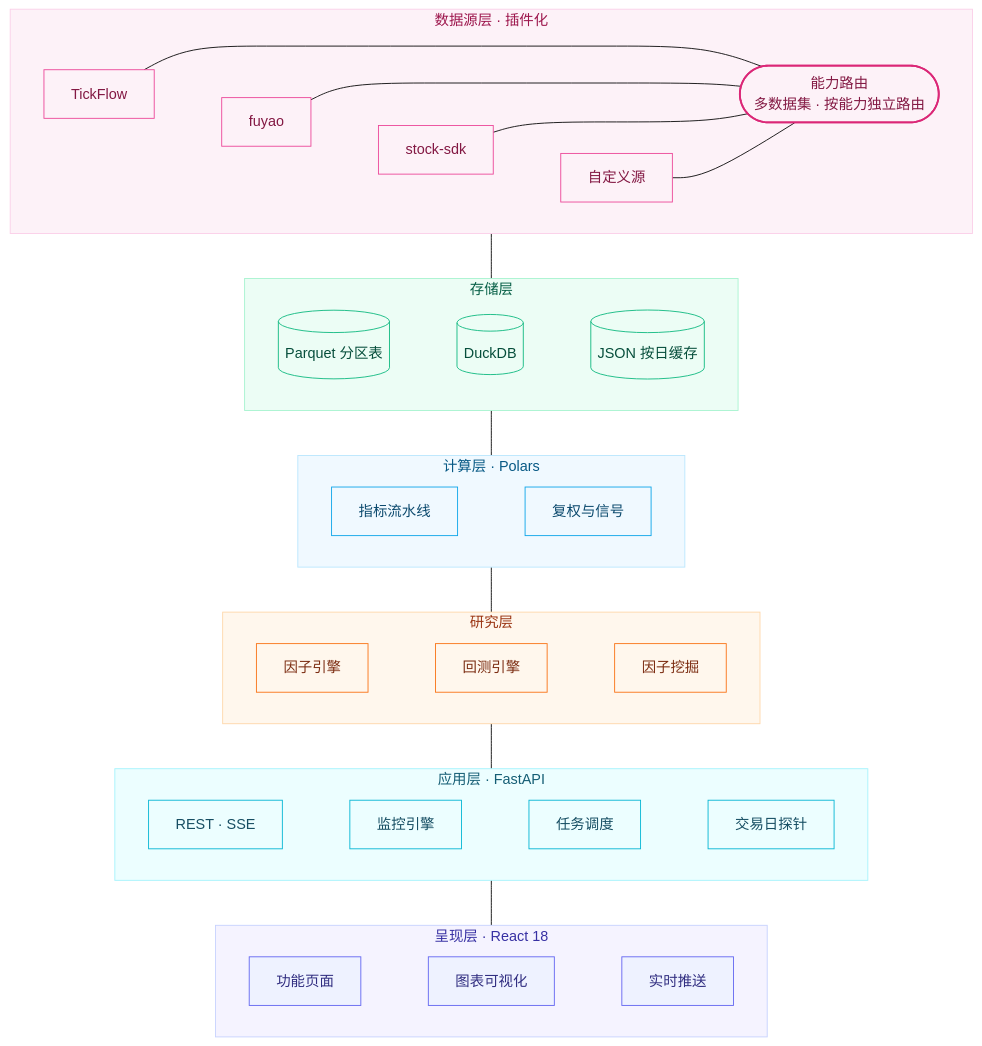
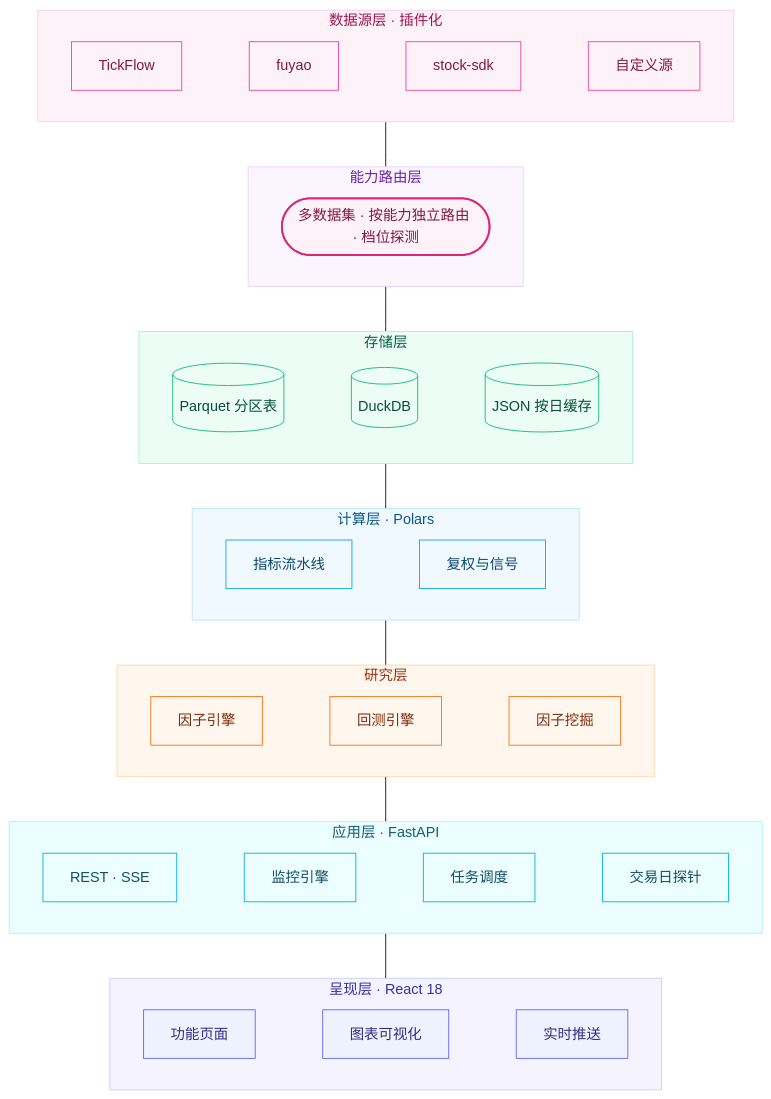
One commit to kevin9327/tick-stock-panel changed the diagram in README.md. Above: the diagram before and after it, drawn with Mermaid (base theme).

Commit message:
docs(readme): 架构图数据源与能力路由拆分为独立两层
- 数据源层(四源横排)与能力路由层(单 stadium 节点)各自成带,
  路由作为核心机制独立呈现, 共七层
- 主轴连线: 数据源---能力路由---存储---计算---研究---应用---呈现
- 路由层单独配色(紫), 浏览器实测 7 带/20 节点, 层序坐标正确

````diff
--- a/README.md
+++ b/README.md
@@ -148,68 +148,71 @@
 ```mermaid
 flowchart TB
     subgraph DATA["数据源层 · 插件化"]
         direction LR
-        D1["TickFlow"] --- R(["能力路由<br/>多数据集 · 按能力独立路由"])
-        D2["fuyao"] --- R
-        D3["stock-sdk"] --- R
-        D4["自定义源"] --- R
-        D1 ~~~ D2 ~~~ D3 ~~~ D4
+        D1["TickFlow"] ~~~ D2["fuyao"] ~~~ D3["stock-sdk"] ~~~ D4["自定义源"]
+    end
+
+    subgraph ROUTE["能力路由层"]
+        direction LR
+        R(["多数据集 · 按能力独立路由 · 档位探测"])
     end
 
     subgraph STORE["存储层"]
         direction LR
         ST1[("Parquet 分区表")]
         ST2[("DuckDB")]
         ST3[("JSON 按日缓存")]
         ST1 ~~~ ST2 ~~~ ST3
     end
 
     subgraph CALC["计算层 · Polars"]
         direction LR
         C1["指标流水线"] ~~~ C2["复权与信号"]
     end
 
     subgraph RES["研究层"]
         direction LR
         G1["因子引擎"] ~~~ G2["回测引擎"] ~~~ G3["因子挖掘"]
     end
 
     subgraph SVC["应用层 · FastAPI"]
         direction LR
         S1["REST · SSE"] ~~~ S2["监控引擎"] ~~~ S3["任务调度"] ~~~ S4["交易日探针"]
     end
 
     subgraph FE["呈现层 · React 18"]
         direction LR
         F1["功能页面"] ~~~ F2["图表可视化"] ~~~ F3["实时推送"]
     end
 
-    DATA --- STORE
+    DATA --- ROUTE
+    ROUTE --- STORE
     STORE --- CALC
     CALC --- RES
     RES --- SVC
     SVC --- FE
 
     classDef fe fill:#eef2ff,stroke:#6366f1,color:#312e81
     classDef svc fill:#ecfeff,stroke:#06b6d4,color:#164e63
     classDef res fill:#fff7ed,stroke:#f97316,color:#7c2d12
     classDef calc fill:#f0f9ff,stroke:#0ea5e9,color:#0c4a6e
     classDef store fill:#ecfdf5,stroke:#10b981,color:#064e3b
     classDef data fill:#fdf2f8,stroke:#ec4899,color:#831843
     classDef route fill:#fdf2f8,stroke:#db2777,color:#831843,stroke-width:2px
 
     class F1,F2,F3 fe
     class S1,S2,S3,S4 svc
     class G1,G2,G3 res
     class C1,C2 calc
     class ST1,ST2,ST3 store
     class D1,D2,D3,D4 data
     class R route
 
     style FE fill:#f5f3ff,stroke:#c7d2fe,color:#3730a3
     style SVC fill:#ecfeff,stroke:#a5f3fc,color:#155e75
     style RES fill:#fff7ed,stroke:#fed7aa,color:#9a3412
     style CALC fill:#f0f9ff,stroke:#bae6fd,color:#075985
     style STORE fill:#ecfdf5,stroke:#a7f3d0,color:#065f46
+    style ROUTE fill:#faf5ff,stroke:#e9d5ff,color:#6b21a8
     style DATA fill:#fdf2f8,stroke:#fbcfe8,color:#9d174d
 ```
````
